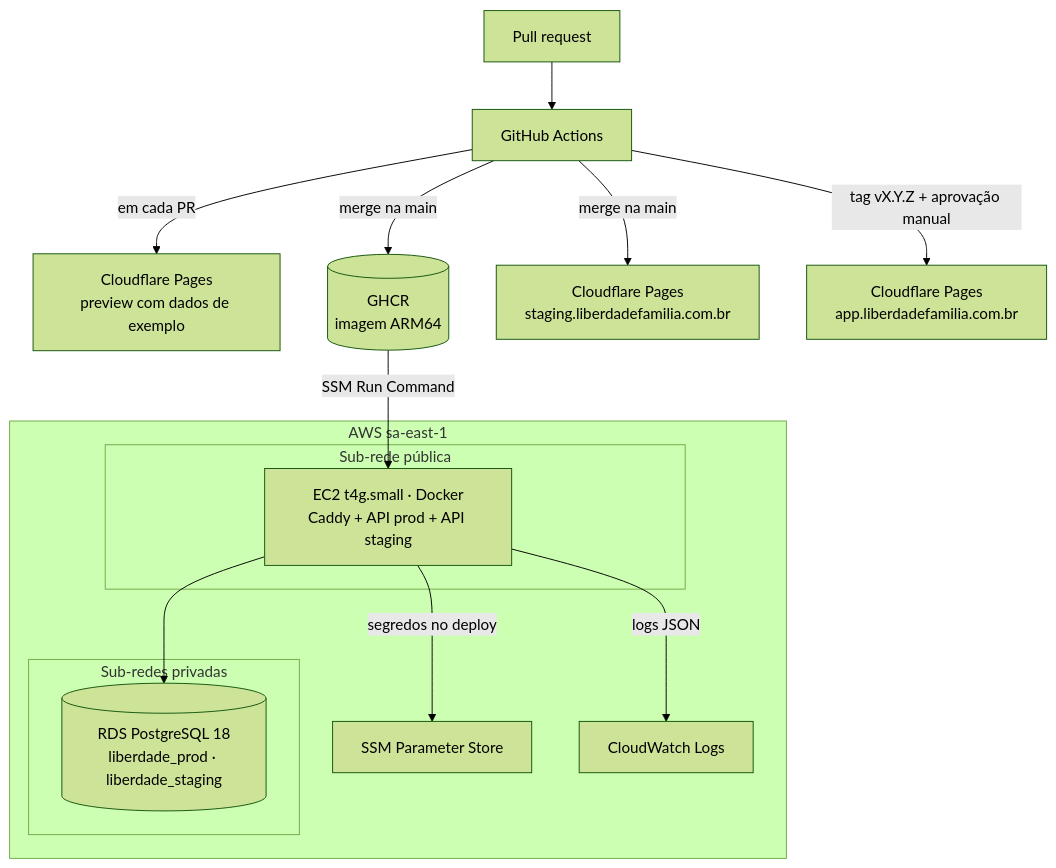
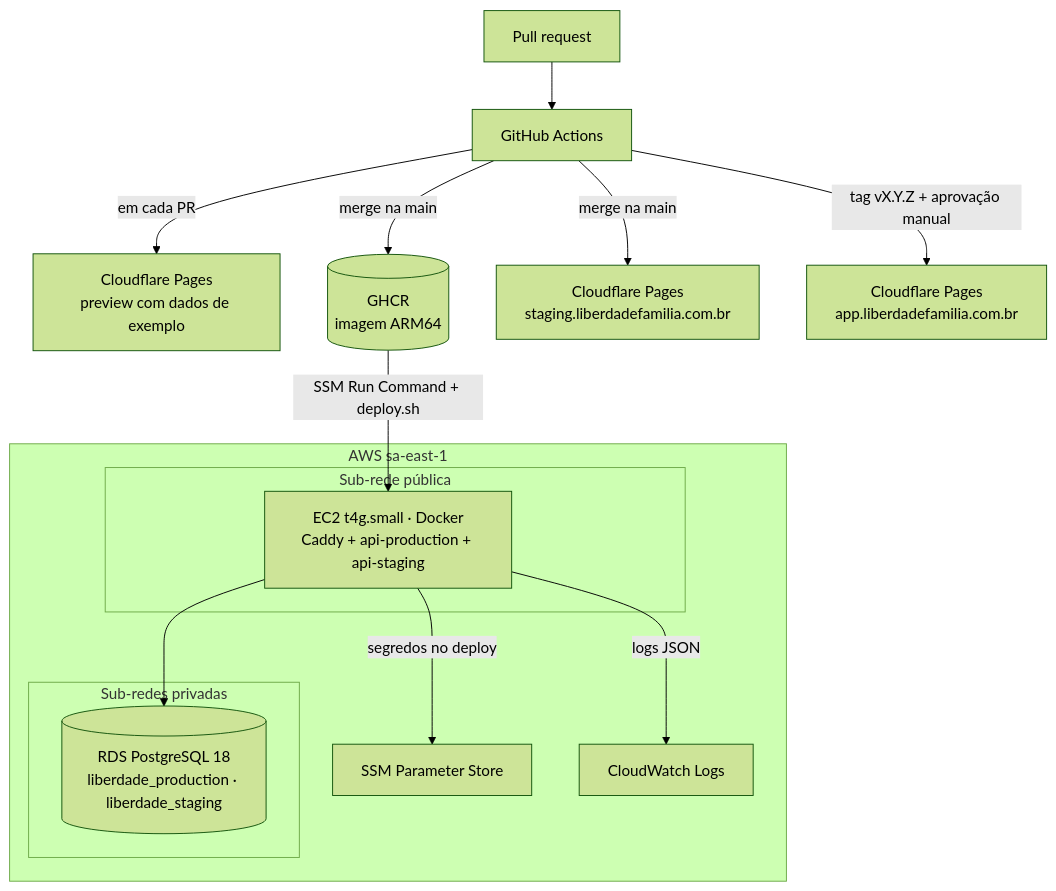
The sixth of 6 diagrams in docs/architecture.md (warthogozz-cyber/liberdade), drawn with Mermaid (forest theme) before and after one commit. The commit also changed other lines of this file and 7 other files, not shown here.

First line of the commit message:
docs: add Plan 5 and align the architecture, data model and costs (#34)

````diff
--- a/docs/architecture.md
+++ b/docs/architecture.md
@@ -242,22 +246,22 @@
 ```mermaid
 flowchart TB
   pr[Pull request] --> ci[GitHub Actions]
   ci -->|em cada PR| preview[Cloudflare Pages<br/>preview com dados de exemplo]
   ci -->|merge na main| ghcr[(GHCR<br/>imagem ARM64)]
   ci -->|merge na main| pagesStg[Cloudflare Pages<br/>staging.liberdadefamilia.com.br]
   ci -->|tag vX.Y.Z + aprovação manual| pagesProd[Cloudflare Pages<br/>app.liberdadefamilia.com.br]
-  ghcr -->|SSM Run Command| ec2
+  ghcr -->|SSM Run Command + deploy.sh| ec2
   subgraph aws[AWS sa-east-1]
     subgraph pub[Sub-rede pública]
-      ec2[EC2 t4g.small · Docker<br/>Caddy + API prod + API staging]
+      ec2[EC2 t4g.small · Docker<br/>Caddy + api-production + api-staging]
     end
     subgraph priv[Sub-redes privadas]
-      rds[(RDS PostgreSQL 18<br/>liberdade_prod · liberdade_staging)]
+      rds[(RDS PostgreSQL 18<br/>liberdade_production · liberdade_staging)]
     end
     ssm[SSM Parameter Store]
     cw[CloudWatch Logs]
   end
   ec2 --> rds
   ec2 -->|segredos no deploy| ssm
   ec2 -->|logs JSON| cw
 ```
````
